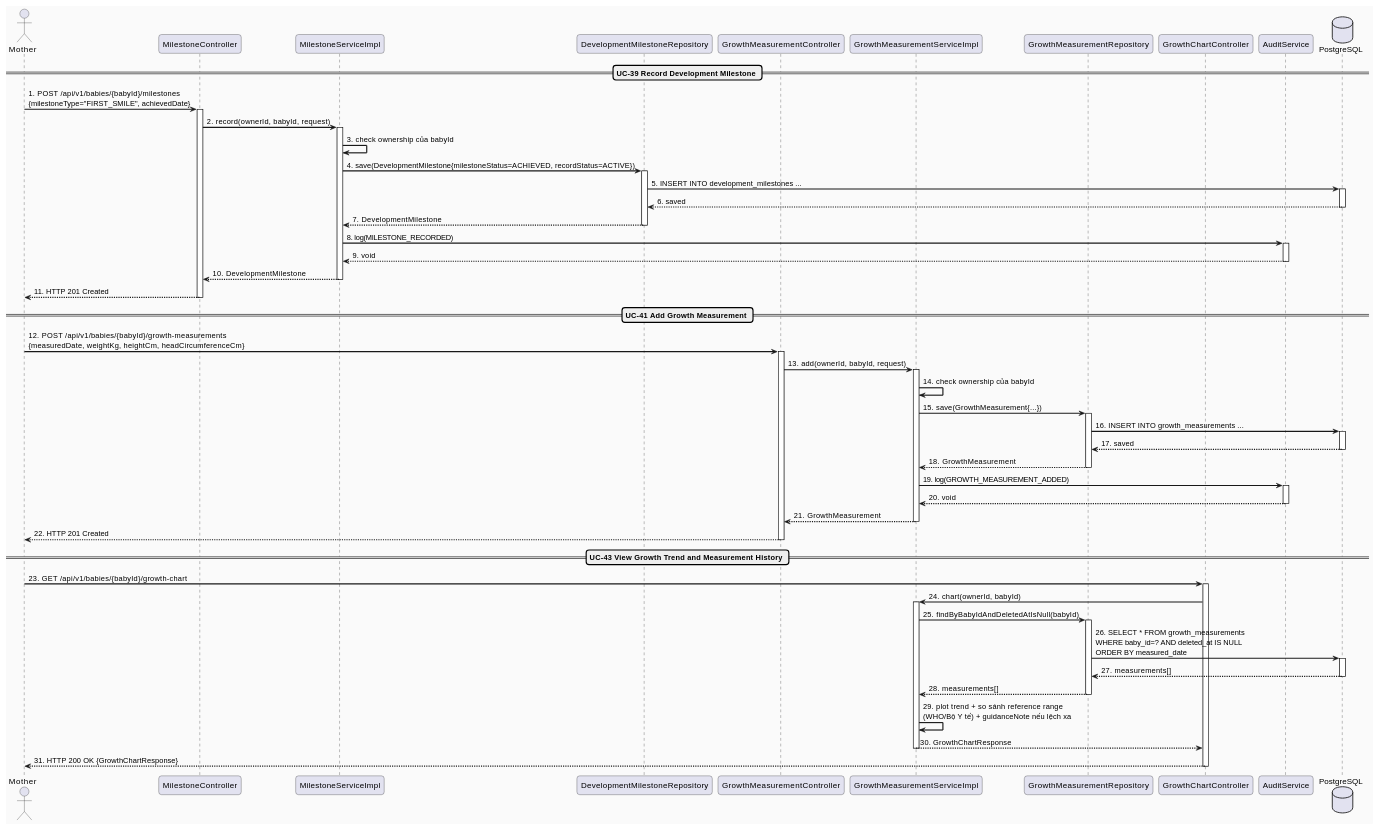
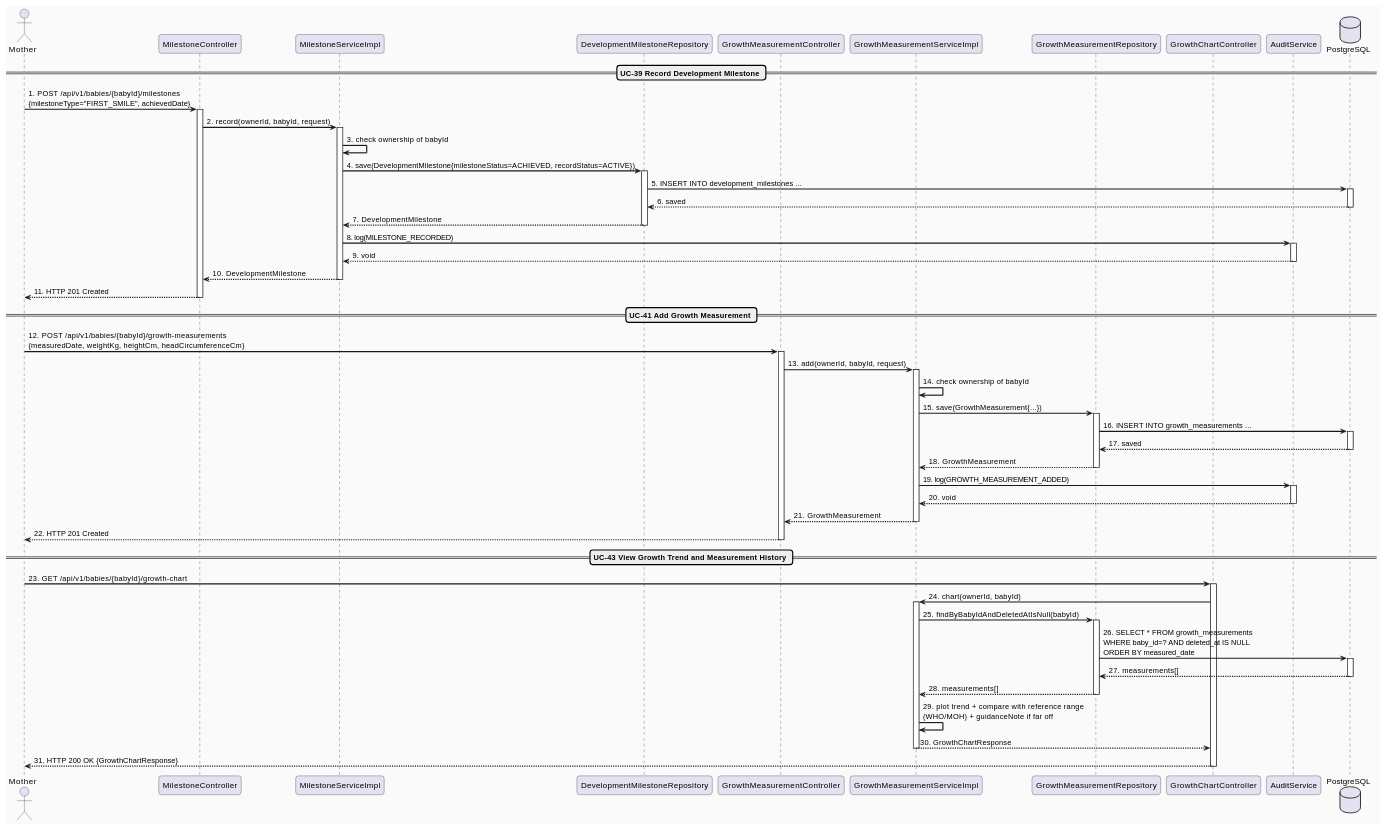
Before and after one commit to ChuongBDHE172784/CareBridge_SEP490_G79: the second of 3 diagrams in docs/Detailed_Design/MF03_Baby_Care_Growth_Vaccination/02_Growth_Development_Tracking.md, drawn with PlantUML. The commit also changed 49 other files, not shown here.

Commit message:
docs: translate technical design documentation and sequence diagrams to English

```diff
--- a/docs/Detailed_Design/MF03_Baby_Care_Growth_Vaccination/02_Growth_Development_Tracking.md
+++ b/docs/Detailed_Design/MF03_Baby_Care_Growth_Vaccination/02_Growth_Development_Tracking.md
@@ -141,7 +141,7 @@
 activate MilestoneController
 MilestoneController -> MilestoneService : 2. record(ownerId, babyId, request)
 activate MilestoneService
-MilestoneService -> MilestoneService : 3. check ownership của babyId
+MilestoneService -> MilestoneService : 3. check ownership of babyId
 MilestoneService -> MilestoneRepo : 4. save(DevelopmentMilestone{milestoneStatus=ACHIEVED, recordStatus=ACTIVE})
 activate MilestoneRepo
 MilestoneRepo -> DB : 5. INSERT INTO development_milestones ...
@@ -164,7 +164,7 @@
 activate GrowthController
 GrowthController -> GrowthService : 13. add(ownerId, babyId, request)
 activate GrowthService
-GrowthService -> GrowthService : 14. check ownership của babyId
+GrowthService -> GrowthService : 14. check ownership of babyId
 GrowthService -> GrowthRepo : 15. save(GrowthMeasurement{...})
 activate GrowthRepo
 GrowthRepo -> DB : 16. INSERT INTO growth_measurements ...
@@ -195,7 +195,7 @@
 deactivate DB
 GrowthRepo --> GrowthService : 28. measurements[]
 deactivate GrowthRepo
-GrowthService -> GrowthService : 29. plot trend + so sánh reference range\n(WHO/Bộ Y tế) + guidanceNote nếu lệch xa
+GrowthService -> GrowthService : 29. plot trend + compare with reference range\n(WHO/MOH) + guidanceNote if far off
 GrowthService --> ChartController : 30. GrowthChartResponse
 deactivate GrowthService
 ChartController --> M : 31. HTTP 200 OK {GrowthChartResponse}
```
